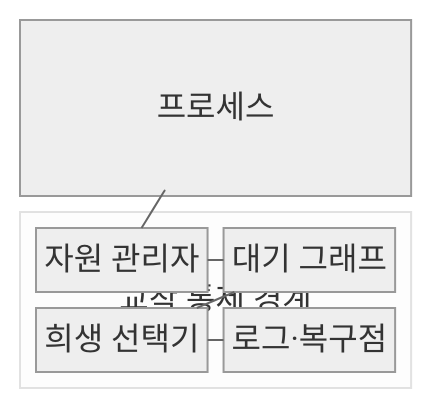
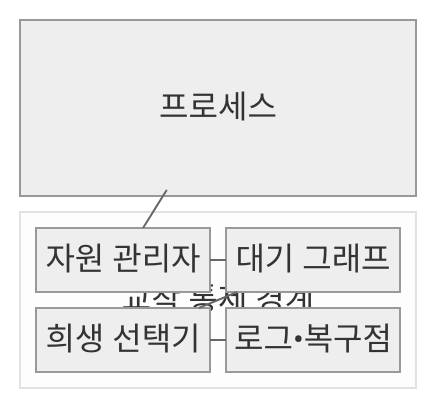
One commit to agnusdei1207/knowledge-base changed the first of 2 diagrams in src/content/docs/notes/03-software/009_deadlock.md. Above: the diagram before and after it, drawn with Mermaid (neutral theme). The commit also changed other lines of this file and 953 other files, not shown here.

````diff
--- a/src/content/docs/notes/03-software/009_deadlock.md
+++ b/src/content/docs/notes/03-software/009_deadlock.md
@@ -67,16 +67,16 @@
 ```mermaid
 block
     columns 1
     P["프로세스"]
     block:D["교착 통제 경계"]
         columns 2
         R["자원 관리자"]
         G["대기 그래프"]
         V["희생 선택기"]
-        L["로그·복구점"]
+        L["로그•복구점"]
     end
     P --- R
     R --- G
     G --- V
     V --- L
 ```
````
